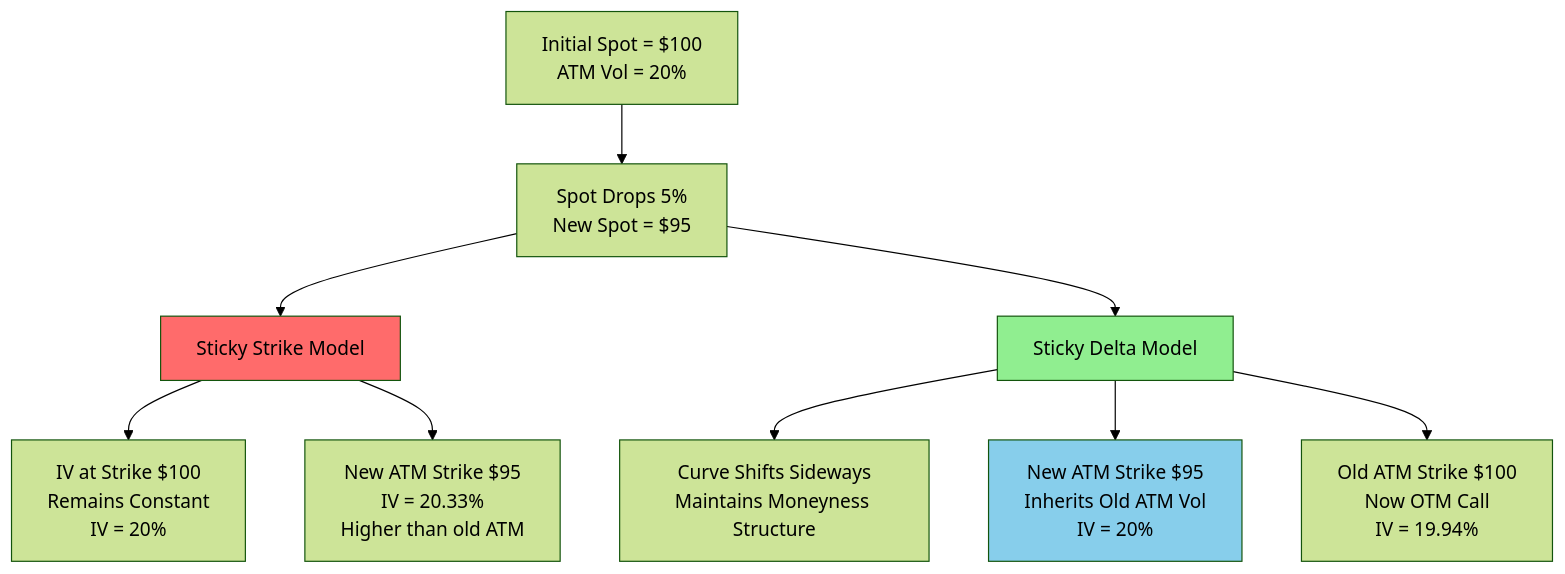
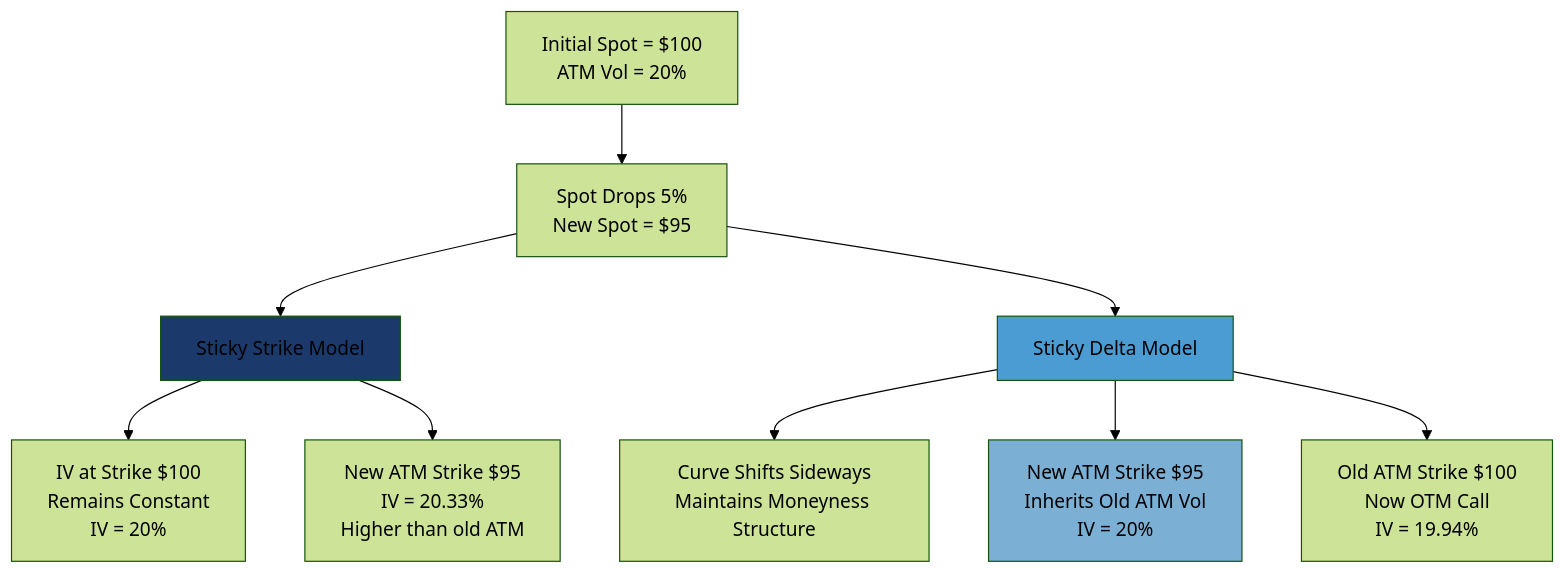
One commit to tripp-smith/benn_eifert_talks changed the third of 8 diagrams in README.md. Above: the diagram before and after it, drawn with Mermaid (forest theme). The commit also changed other lines of this file, not shown here.

````diff
--- a/README.md
+++ b/README.md
@@ -72,18 +74,18 @@
 ```mermaid
 graph TB
-    Initial[Initial Spot = $100<br/>ATM Vol = 20%] --> Move[Spot Drops 5%<br/>New Spot = $95]
+    InitialSpot["Initial Spot = $100<br/>ATM Vol = 20%"] --> SpotDrop["Spot Drops 5%<br/>New Spot = $95"]
     
-    Move --> StickyStrike[Sticky Strike Model]
-    Move --> StickyDelta[Sticky Delta Model]
+    SpotDrop --> StickyStrikeModel["Sticky Strike Model"]
+    SpotDrop --> StickyDeltaModel["Sticky Delta Model"]
     
-    StickyStrike --> Fixed[IV at Strike $100<br/>Remains Constant<br/>IV = 20%]
-    StickyStrike --> NewATM1[New ATM Strike $95<br/>IV = 20.33%<br/>Higher than old ATM]
+    StickyStrikeModel --> FixedStrikeIV["IV at Strike $100<br/>Remains Constant<br/>IV = 20%"]
+    StickyStrikeModel --> NewATMStickyStrike["New ATM Strike $95<br/>IV = 20.33%<br/>Higher than old ATM"]
     
-    StickyDelta --> Shift[Curve Shifts Sideways<br/>Maintains Moneyness Structure]
-    StickyDelta --> NewATM2[New ATM Strike $95<br/>Inherits Old ATM Vol<br/>IV = 20%]
-    StickyDelta --> OldATM[Old ATM Strike $100<br/>Now OTM Call<br/>IV = 19.94%]
+    StickyDeltaModel --> CurveShift["Curve Shifts Sideways<br/>Maintains Moneyness Structure"]
+    StickyDeltaModel --> NewATMStickyDelta["New ATM Strike $95<br/>Inherits Old ATM Vol<br/>IV = 20%"]
+    StickyDeltaModel --> OldATMStrike["Old ATM Strike $100<br/>Now OTM Call<br/>IV = 19.94%"]
     
-    style StickyStrike fill:#ff6b6b
-    style StickyDelta fill:#90ee90
-    style NewATM2 fill:#87ceeb
+    style StickyStrikeModel fill:#1B3A6B
+    style StickyDeltaModel fill:#4B9CD3
+    style NewATMStickyDelta fill:#7BAFD4
 ```
````
